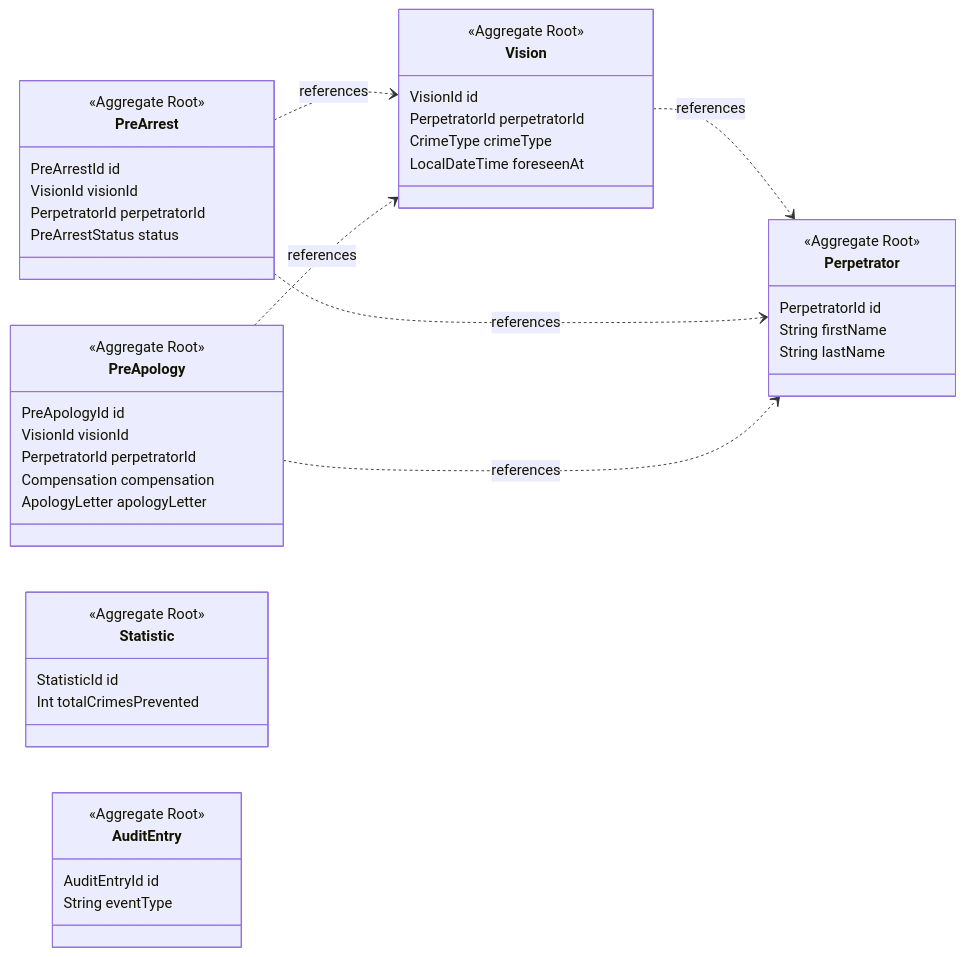
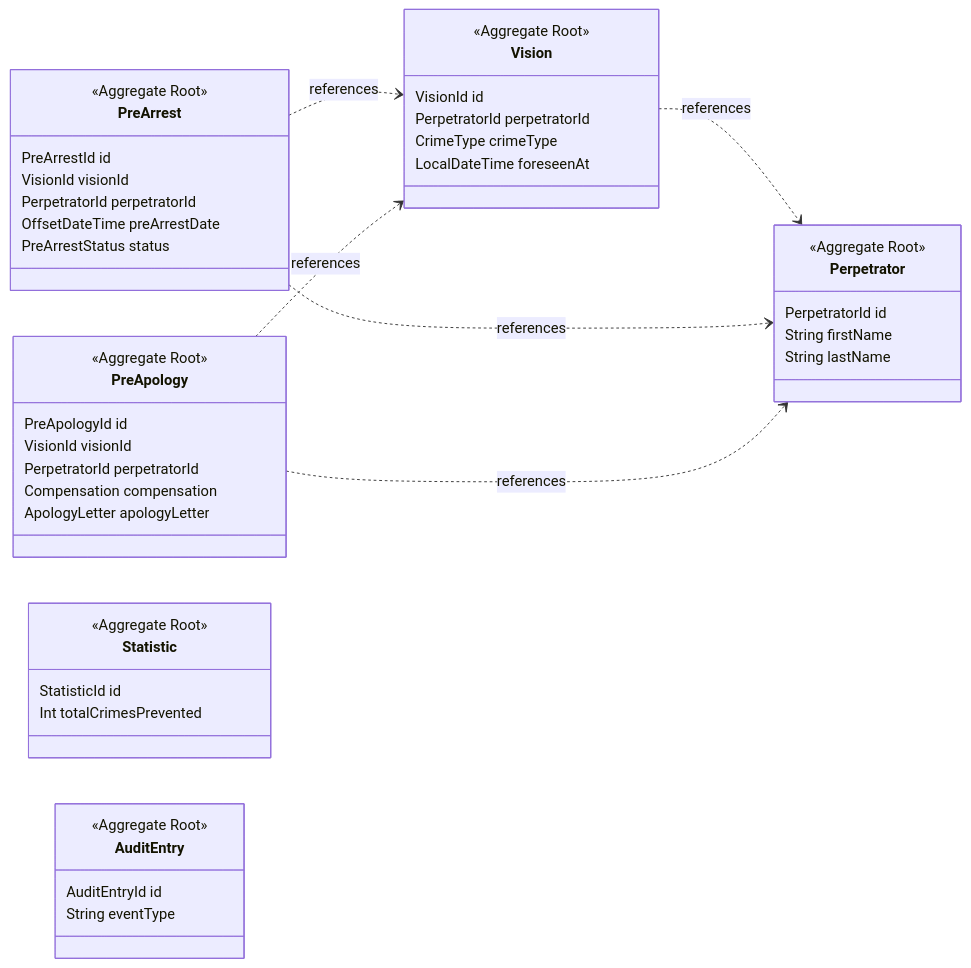
The first of 2 diagrams in README.md (raphael74/pre-crime-app), drawn with Mermaid before and after one commit. The commit also changed 8 other files, not shown here.

Commit message:
add pre arrest date

````diff
--- a/README.md
+++ b/README.md
@@ -32,48 +32,49 @@
 ```mermaid
 classDiagram
     direction LR
     class Vision {
         <<Aggregate Root>>
         VisionId id
         PerpetratorId perpetratorId
         CrimeType crimeType
         LocalDateTime foreseenAt
     }
     class PreArrest {
         <<Aggregate Root>>
         PreArrestId id
         VisionId visionId
         PerpetratorId perpetratorId
+        OffsetDateTime preArrestDate
         PreArrestStatus status
     }
     class PreApology {
         <<Aggregate Root>>
         PreApologyId id
         VisionId visionId
         PerpetratorId perpetratorId
         Compensation compensation
         ApologyLetter apologyLetter
     }
     class Perpetrator {
         <<Aggregate Root>>
         PerpetratorId id
         String firstName
         String lastName
     }
     class Statistic {
         <<Aggregate Root>>
         StatisticId id
         Int totalCrimesPrevented
     }
     class AuditEntry {
         <<Aggregate Root>>
         AuditEntryId id
         String eventType
     }
 
     Vision ..> Perpetrator : references
     PreArrest ..> Vision : references
     PreArrest ..> Perpetrator : references
     PreApology ..> Vision : references
     PreApology ..> Perpetrator : references
 ```
````
